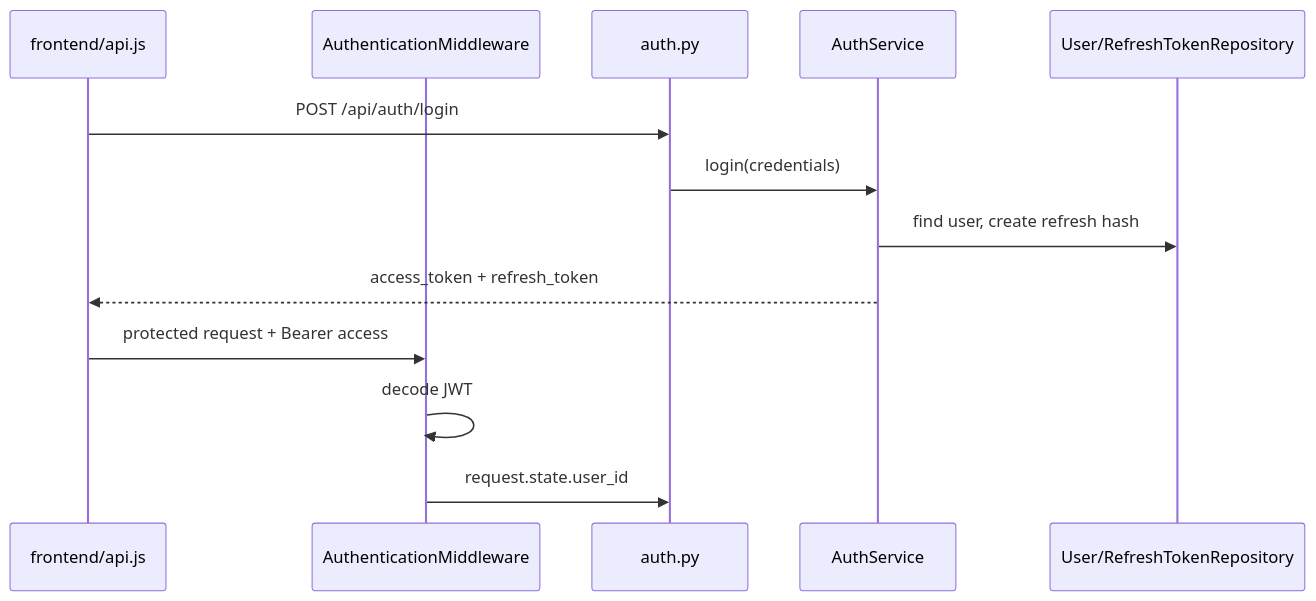
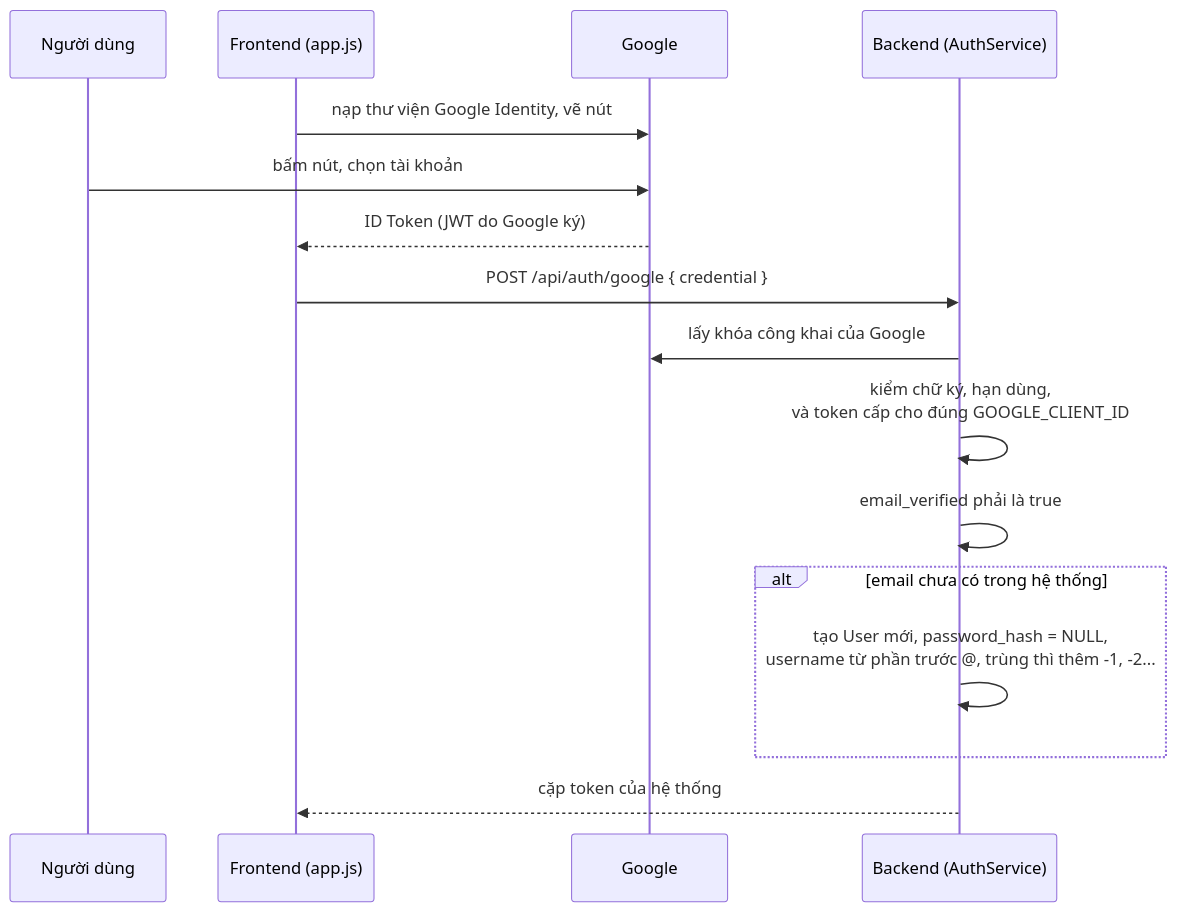
Before and after one commit to Dungx1107/team-chat: the first of 2 diagrams in docs/06-authentication-authorization.md, drawn with Mermaid. The commit also changed other lines of this file and 16 other files, not shown here.

````diff
--- a/docs/06-authentication-authorization.md
+++ b/docs/06-authentication-authorization.md
@@ -15,15 +42,18 @@
 ```mermaid
 sequenceDiagram
-    participant F as frontend/api.js
-    participant M as AuthenticationMiddleware
-    participant R as auth.py
-    participant S as AuthService
-    participant D as User/RefreshTokenRepository
-    F->>R: POST /api/auth/login
-    R->>S: login(credentials)
-    S->>D: find user, create refresh hash
-    S-->>F: access_token + refresh_token
-    F->>M: protected request + Bearer access
-    M->>M: decode JWT
-    M->>R: request.state.user_id
+    participant U as Người dùng
+    participant F as Frontend (app.js)
+    participant G as Google
+    participant B as Backend (AuthService)
+    F->>G: nạp thư viện Google Identity, vẽ nút
+    U->>G: bấm nút, chọn tài khoản
+    G-->>F: ID Token (JWT do Google ký)
+    F->>B: POST /api/auth/google { credential }
+    B->>G: lấy khóa công khai của Google
+    B->>B: kiểm chữ ký, hạn dùng,<br/>và token cấp cho đúng GOOGLE_CLIENT_ID
+    B->>B: email_verified phải là true
+    alt email chưa có trong hệ thống
+        B->>B: tạo User mới, password_hash = NULL,<br/>username từ phần trước @, trùng thì thêm -1, -2...
+    end
+    B-->>F: cặp token của hệ thống
 ```
````
